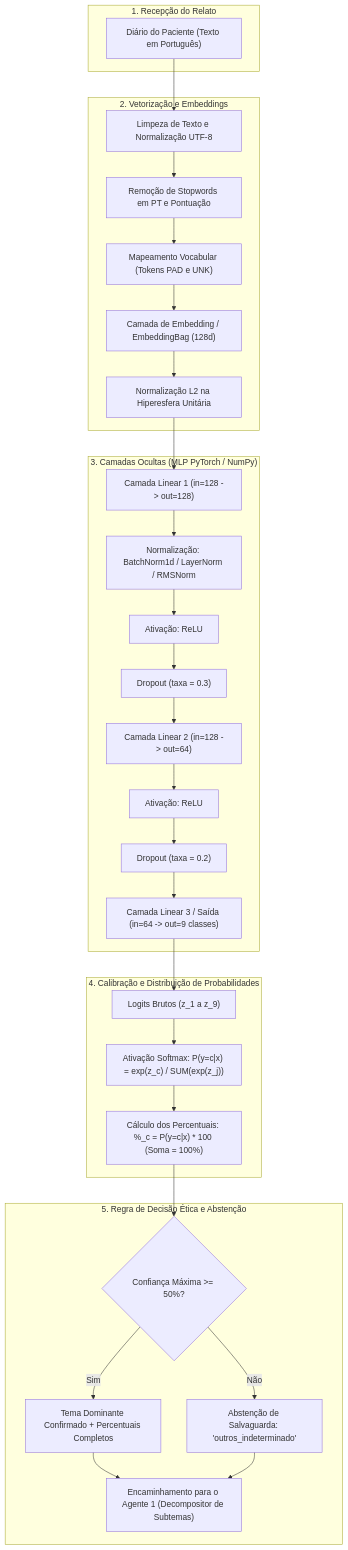
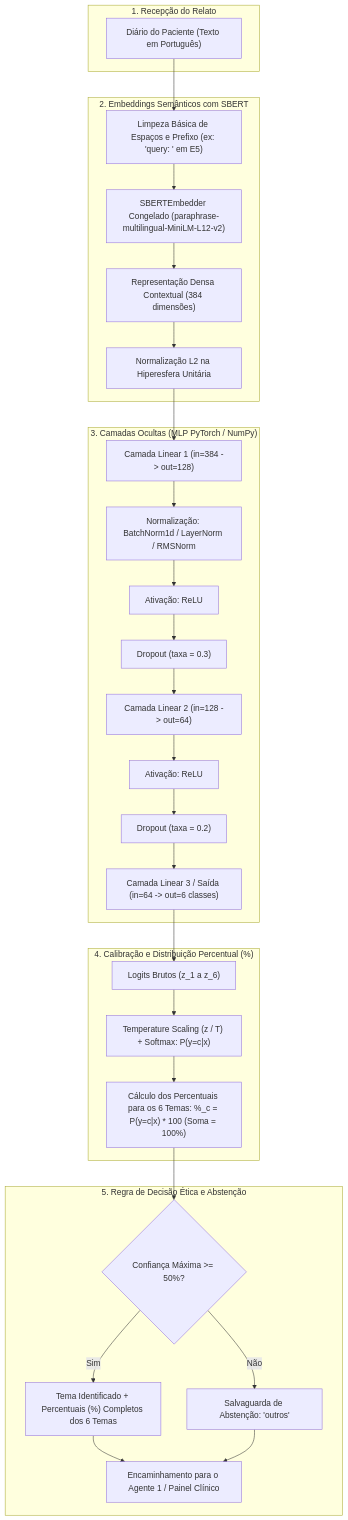
The first of 3 diagrams in docs/neural-network-flow.md (007-Licensa-Para-Executar/challenge-2-base), drawn with Mermaid before and after one commit. The commit also changed other lines of this file and 18 other files, not shown here.

Commit message:
Refactor neural network implementation to classify 6 clinical themes using SBERT embeddings; update documentation and roadmap accordingly.

````diff
--- a/docs/neural-network-flow.md
+++ b/docs/neural-network-flow.md
@@ -11,50 +11,49 @@
 ```mermaid
 flowchart TD
     subgraph Entrada["1. Recepção do Relato"]
         A["Diário do Paciente (Texto em Português)"]
     end
 
-    subgraph Preprocessamento["2. Vetorização e Embeddings"]
-        B["Limpeza de Texto e Normalização UTF-8"]
-        C["Remoção de Stopwords em PT e Pontuação"]
-        D["Mapeamento Vocabular (Tokens PAD e UNK)"]
-        E["Camada de Embedding / EmbeddingBag (128d)"]
-        F["Normalização L2 na Hiperesfera Unitária"]
-        B --> C --> D --> E --> F
+    subgraph Preprocessamento["2. Embeddings Semânticos com SBERT"]
+        B["Limpeza Básica de Espaços e Prefixo (ex: 'query: ' em E5)"]
+        C["SBERTEmbedder Congelado (paraphrase-multilingual-MiniLM-L12-v2)"]
+        D["Representação Densa Contextual (384 dimensões)"]
+        E["Normalização L2 na Hiperesfera Unitária"]
+        B --> C --> D --> E
     end
 
     subgraph RedeNeural["3. Camadas Ocultas (MLP PyTorch / NumPy)"]
-        G["Camada Linear 1 (in=128 -> out=128)"]
+        G["Camada Linear 1 (in=384 -> out=128)"]
         H["Normalização: BatchNorm1d / LayerNorm / RMSNorm"]
         I["Ativação: ReLU"]
         J["Dropout (taxa = 0.3)"]
         K["Camada Linear 2 (in=128 -> out=64)"]
         L["Ativação: ReLU"]
         M["Dropout (taxa = 0.2)"]
-        N["Camada Linear 3 / Saída (in=64 -> out=9 classes)"]
-        
+        N["Camada Linear 3 / Saída (in=64 -> out=6 classes)"]
+
         G --> H --> I --> J --> K --> L --> M --> N
     end
 
-    subgraph PosProcessamento["4. Calibração e Distribuição de Probabilidades"]
-        O["Logits Brutos (z_1 a z_9)"]
-        P["Ativação Softmax: P(y=c|x) = exp(z_c) / SUM(exp(z_j))"]
-        Q["Cálculo dos Percentuais: %_c = P(y=c|x) * 100 (Soma = 100%)"]
+    subgraph PosProcessamento["4. Calibração e Distribuição Percentual (%)"]
+        O["Logits Brutos (z_1 a z_6)"]
+        P["Temperature Scaling (z / T) + Softmax: P(y=c|x)"]
+        Q["Cálculo dos Percentuais para os 6 Temas: %_c = P(y=c|x) * 100 (Soma = 100%)"]
         O --> P --> Q
     end
 
     subgraph DecisaoClinica["5. Regra de Decisão Ética e Abstenção"]
         R{"Confiança Máxima >= 50%?"}
-        S["Tema Dominante Confirmado + Percentuais Completos"]
-        T["Abstenção de Salvaguarda: 'outros_indeterminado'"]
-        U["Encaminhamento para o Agente 1 (Decompositor de Subtemas)"]
-        
+        S["Tema Identificado + Percentuais (%) Completos dos 6 Temas"]
+        T["Salvaguarda de Abstenção: 'outros'"]
+        U["Encaminhamento para o Agente 1 / Painel Clínico"]
+
         Q --> R
         R -- Sim --> S --> U
         R -- Não --> T --> U
     end
 
     A --> B
-    F --> G
+    E --> G
     N --> O
 ```
````
